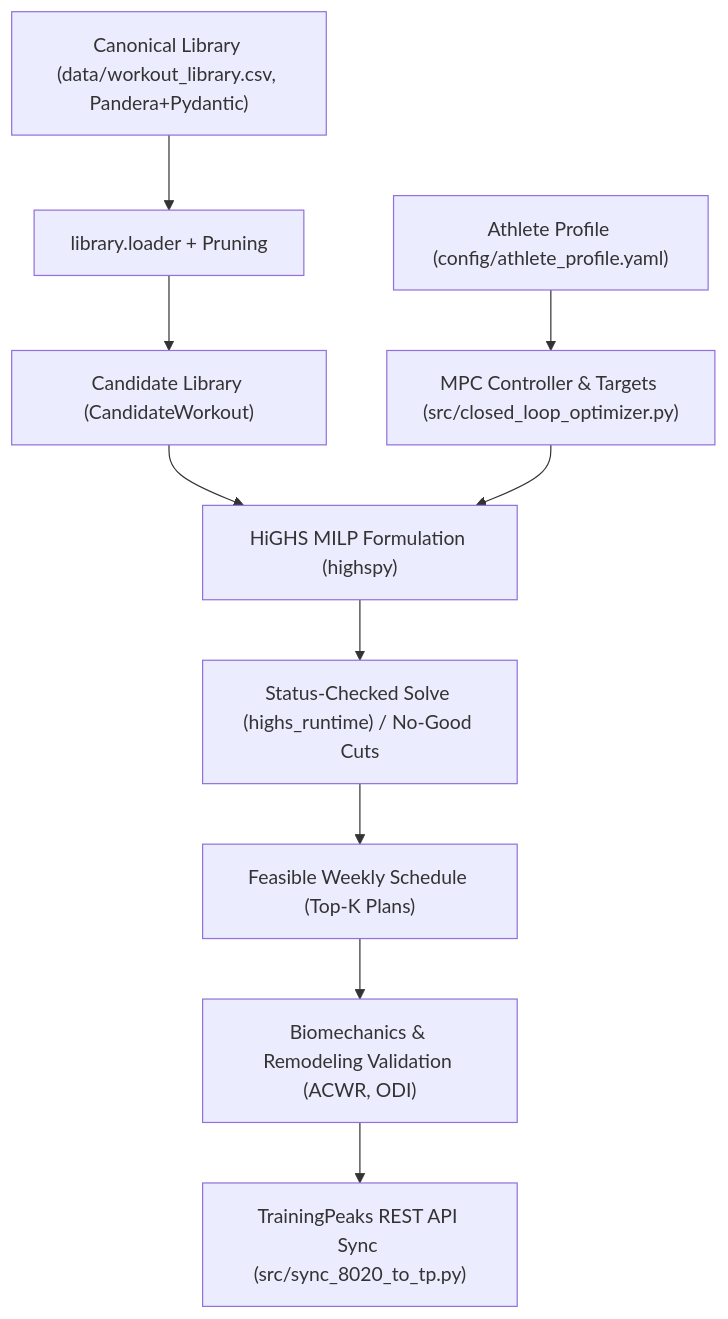
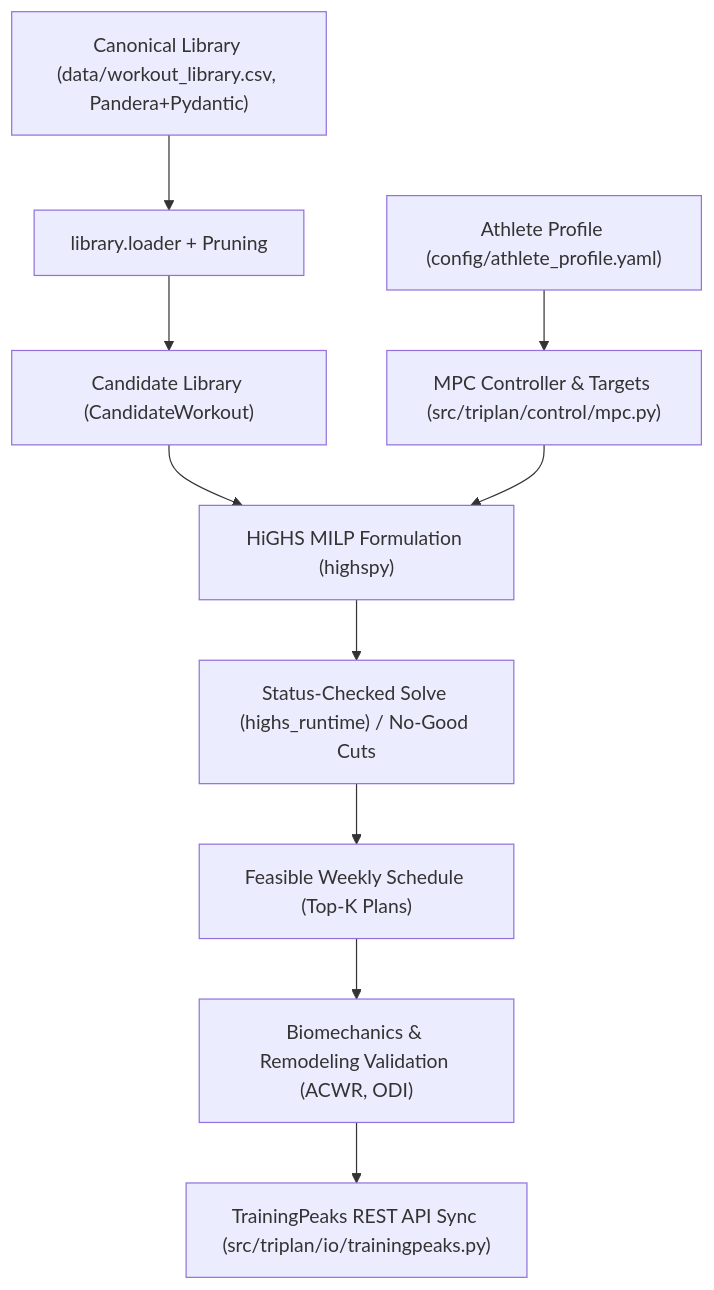
One commit to driscoll42/triathlon_planning changed the diagram in docs/STATE_SUMMARY.md. Above: the diagram before and after it, drawn with Mermaid. The commit also changed other lines of this file and 62 other files, not shown here.

First line of the commit message:
Adopt src-layout triplan package; split closed_loop_optimizer monolith (TASK-014)

````diff
--- a/docs/STATE_SUMMARY.md
+++ b/docs/STATE_SUMMARY.md
@@ -24,11 +24,11 @@
 ```mermaid
 flowchart TD
     A["Canonical Library (data/workout_library.csv, Pandera+Pydantic)"] --> B["library.loader + Pruning"]
     B --> C["Candidate Library (CandidateWorkout)"]
-    D["Athlete Profile (config/athlete_profile.yaml)"] --> E["MPC Controller & Targets (src/closed_loop_optimizer.py)"]
+    D["Athlete Profile (config/athlete_profile.yaml)"] --> E["MPC Controller & Targets (src/triplan/control/mpc.py)"]
     C & E --> F["HiGHS MILP Formulation (highspy)"]
     F --> G["Status-Checked Solve (highs_runtime) / No-Good Cuts"]
     G --> H["Feasible Weekly Schedule (Top-K Plans)"]
     H --> I["Biomechanics & Remodeling Validation (ACWR, ODI)"]
-    I --> J["TrainingPeaks REST API Sync (src/sync_8020_to_tp.py)"]
+    I --> J["TrainingPeaks REST API Sync (src/triplan/io/trainingpeaks.py)"]
 ```
````
